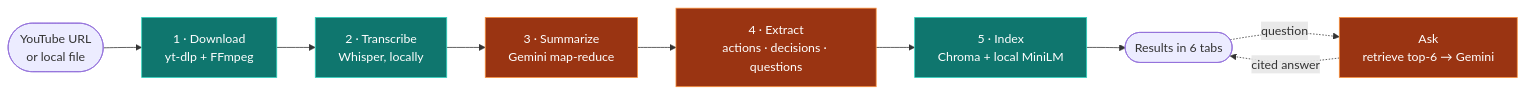
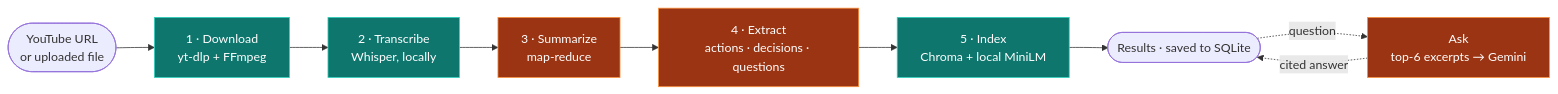
Before and after one commit to hmzasaed/video-agent-AI: the first of 5 diagrams in README.md, drawn with Mermaid. The commit also changed other lines of this file and 52 other files, not shown here.

````diff
--- a/README.md
+++ b/README.md
@@ -129,16 +139,16 @@
 ```mermaid
 flowchart LR
-    A([YouTube URL<br/>or local file]) --> B[1 · Download<br/>yt-dlp + FFmpeg]
+    A([YouTube URL<br/>or uploaded file]) --> B[1 · Download<br/>yt-dlp + FFmpeg]
     B --> C[2 · Transcribe<br/>Whisper, locally]
-    C --> D[3 · Summarize<br/>Gemini map-reduce]
+    C --> D[3 · Summarize<br/>map-reduce]
     D --> E[4 · Extract<br/>actions · decisions · questions]
     E --> F[5 · Index<br/>Chroma + local MiniLM]
-    F --> G([Results in 6 tabs])
-    G -. question .-> H[Ask<br/>retrieve top-6 → Gemini]
+    F --> G([Results · saved to SQLite])
+    G -. question .-> H[Ask<br/>top-6 excerpts → Gemini]
     H -. cited answer .-> G
 
     classDef local fill:#0f766e,stroke:#2dd4bf,color:#fff
     classDef cloud fill:#9a3412,stroke:#fb923c,color:#fff
     class B,C,F local
     class D,E,H cloud
 ```
````
